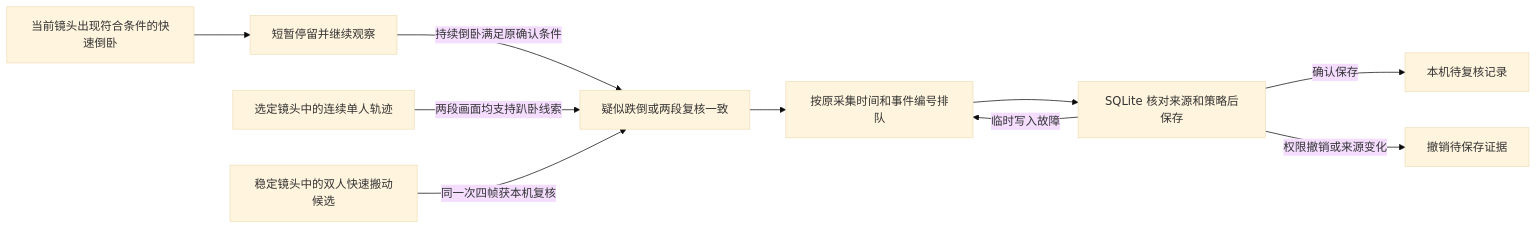
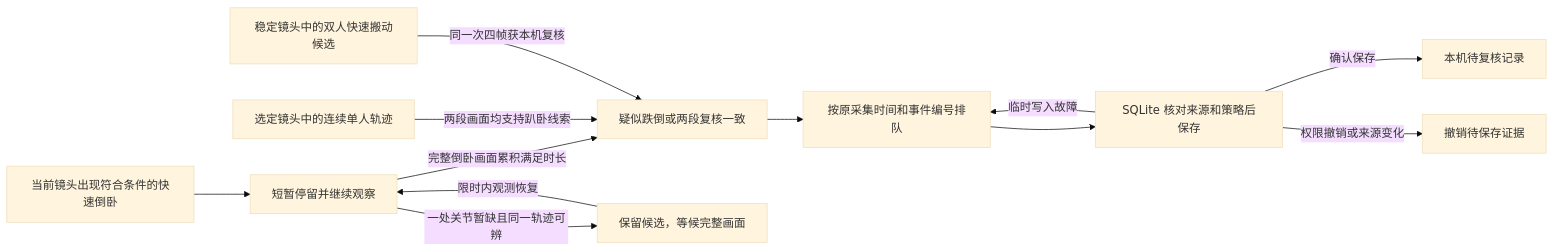
One commit to Geeprox/Friday changed the sixth of 17 diagrams in docs/architecture.md. Above: the diagram before and after it, drawn with Mermaid (base theme). The commit also changed other lines of this file and 5 other files, not shown here.

````diff
--- a/docs/architecture.md
+++ b/docs/architecture.md
@@ -131,12 +135,14 @@
 ```mermaid
 flowchart LR
   F[当前镜头出现符合条件的快速倒卧] --> H[短暂停留并继续观察]
-  H -->|持续倒卧满足原确认条件| S
+  H -->|完整倒卧画面累积满足时长| S
+  H -->|一处关节暂缺且同一轨迹可辨| C[保留候选，等候完整画面]
+  C -->|限时内观测恢复| H
   P[选定镜头中的连续单人轨迹] -->|两段画面均支持趴卧线索| S
   M[稳定镜头中的双人快速搬动候选] -->|同一次四帧获本机复核| S
   S[疑似跌倒或两段复核一致] --> Q[按原采集时间和事件编号排队]
   Q --> W[SQLite 核对来源和策略后保存]
   W -->|临时写入故障| Q
   W -->|确认保存| R[本机待复核记录]
   W -->|权限撤销或来源变化| D[撤销待保存证据]
 ```
````
